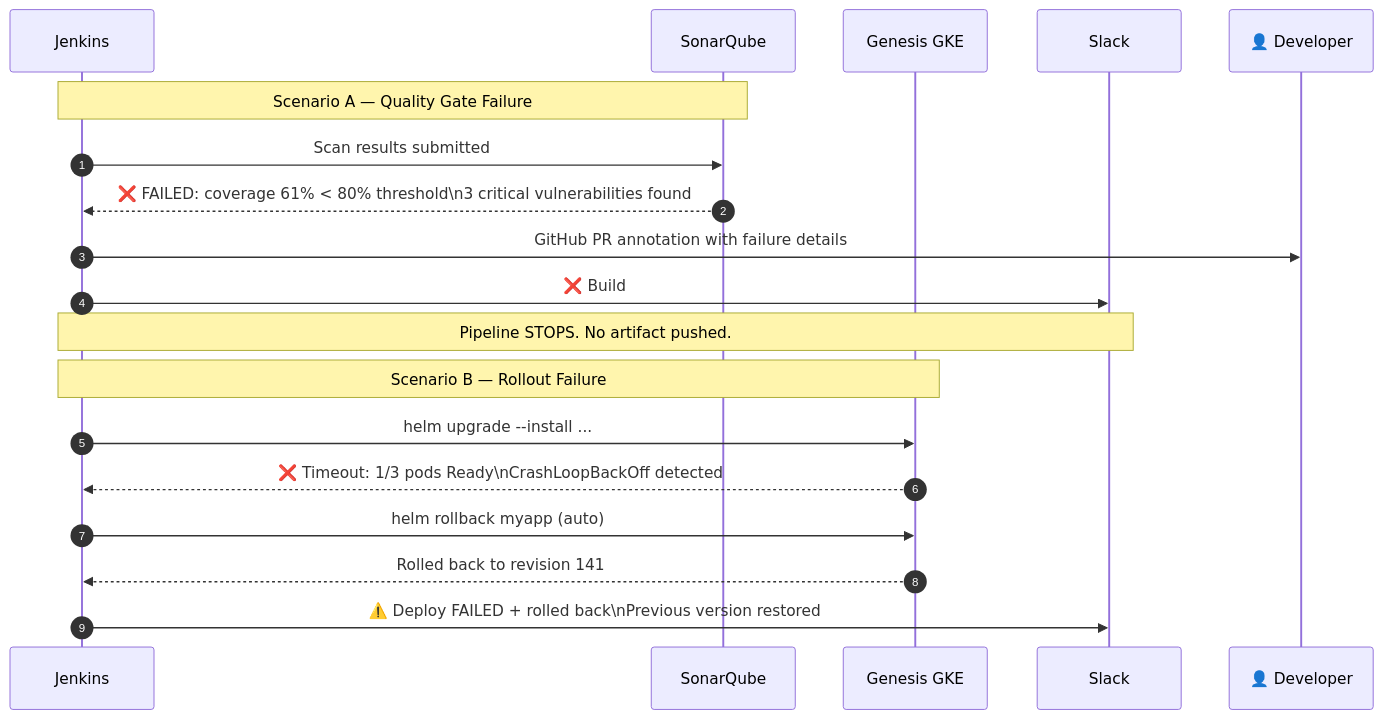
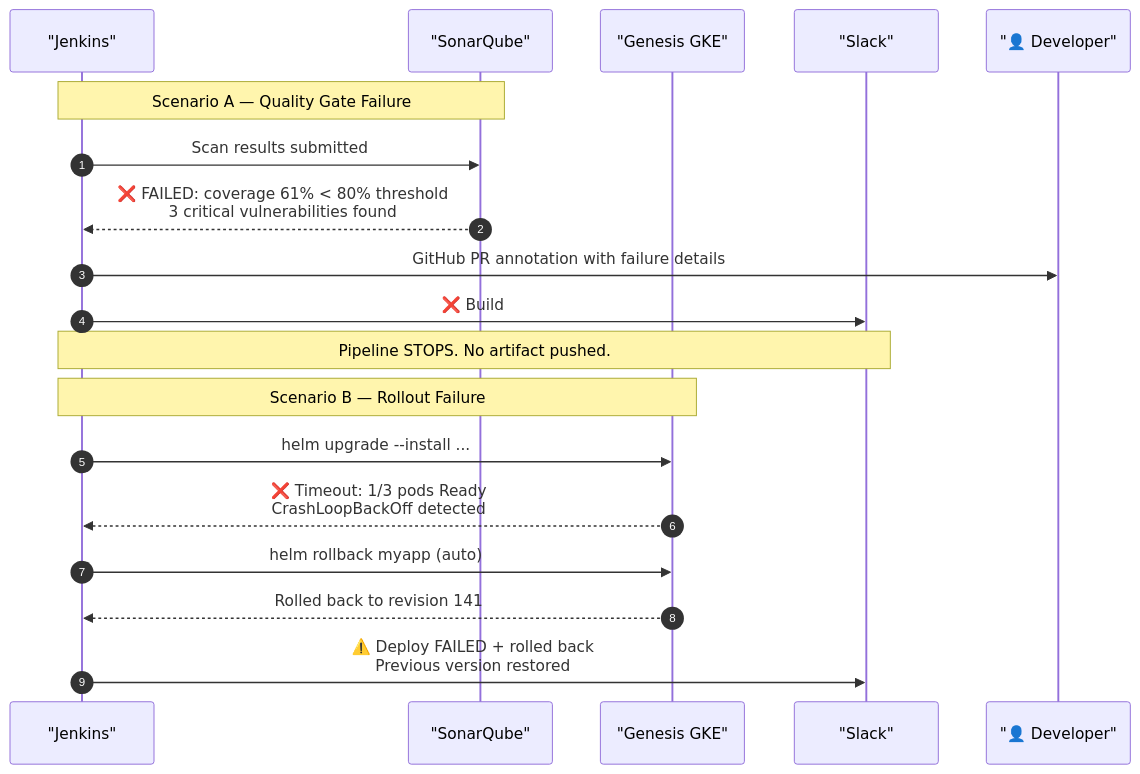
One commit to AravindKumarjoshi/devops-platform changed the tenth of 16 diagrams in mkdocs-devops-platform/docs/architecture-diagrams.md. Above: the diagram before and after it, drawn with Mermaid. The commit also changed other lines of this file and 1 other file, not shown here.

Commit message:
fix: mermaid syntax errors (replace \n with <br> and quote aliases)

````diff
--- a/mkdocs-devops-platform/docs/architecture-diagrams.md
+++ b/mkdocs-devops-platform/docs/architecture-diagrams.md
@@ -303,23 +303,23 @@
     ```mermaid
     sequenceDiagram
         autonumber
-        participant JK as Jenkins
-        participant SQ as SonarQube
-        participant GKE as Genesis GKE
-        participant SLACK as Slack
-        participant Dev as 👤 Developer
+        participant JK as "Jenkins"
+        participant SQ as "SonarQube"
+        participant GKE as "Genesis GKE"
+        participant SLACK as "Slack"
+        participant Dev as "👤 Developer"
 
         Note over JK,SQ: Scenario A — Quality Gate Failure
         JK->>SQ: Scan results submitted
-        SQ-->>JK: ❌ FAILED: coverage 61% < 80% threshold\n3 critical vulnerabilities found
+        SQ-->>JK: ❌ FAILED: coverage 61% < 80% threshold<br>3 critical vulnerabilities found
         JK->>Dev: GitHub PR annotation with failure details
         JK->>SLACK: ❌ Build #142 FAILED — QG: coverage too low
         Note over JK,SLACK: Pipeline STOPS. No artifact pushed.
 
         Note over JK,GKE: Scenario B — Rollout Failure
         JK->>GKE: helm upgrade --install ...
-        GKE-->>JK: ❌ Timeout: 1/3 pods Ready\nCrashLoopBackOff detected
+        GKE-->>JK: ❌ Timeout: 1/3 pods Ready<br>CrashLoopBackOff detected
         JK->>GKE: helm rollback myapp (auto)
         GKE-->>JK: Rolled back to revision 141
-        JK->>SLACK: ⚠️ Deploy FAILED + rolled back\nPrevious version restored
+        JK->>SLACK: ⚠️ Deploy FAILED + rolled back<br>Previous version restored
     ```
````
